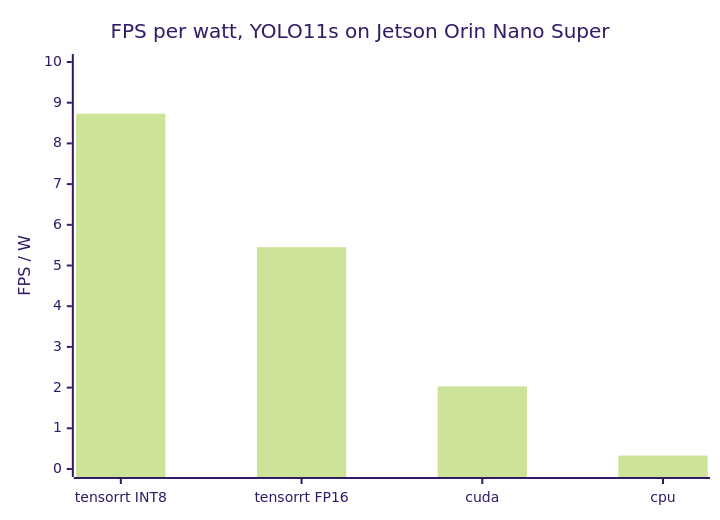
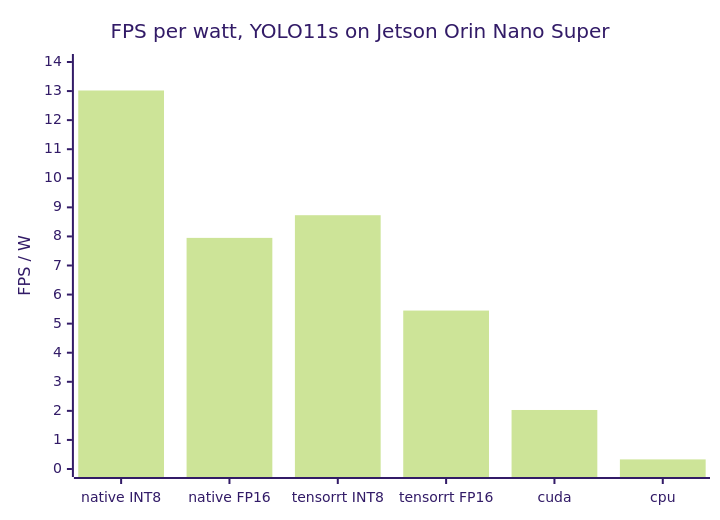
One commit to lehunghieu1503/cpp-realtime-video-analytics changed the first of 2 diagrams in README.md. Above: the diagram before and after it, drawn with Mermaid (forest theme). The commit also changed other lines of this file and 2 other files, not shown here.

First line of the commit message:
docs: native TensorRT, zero-copy, security, ROS 2, sanitizers

````diff
--- a/README.md
+++ b/README.md
@@ -110,7 +137,7 @@
 ```mermaid
 xychart-beta
     title "FPS per watt, YOLO11s on Jetson Orin Nano Super"
-    x-axis ["tensorrt INT8", "tensorrt FP16", "cuda", "cpu"]
-    y-axis "FPS / W" 0 --> 10
-    bar [8.73, 5.45, 2.03, 0.33]
+    x-axis ["native INT8", "native FP16", "tensorrt INT8", "tensorrt FP16", "cuda", "cpu"]
+    y-axis "FPS / W" 0 --> 14
+    bar [13.02, 7.95, 8.73, 5.45, 2.03, 0.33]
 ```
````
